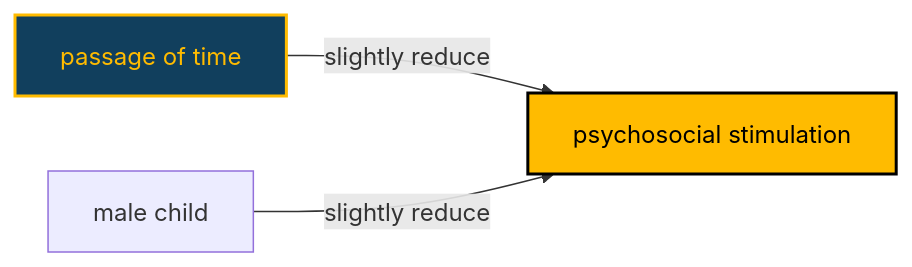
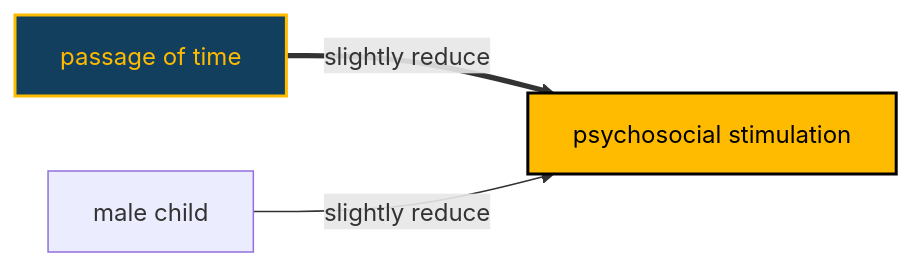
The diagram in MICSPLUS/diagram.md (agrogan1/research), drawn with Mermaid before and after one commit.

````diff
--- a/MICSPLUS/diagram.md
+++ b/MICSPLUS/diagram.md
@@ -1,27 +1,27 @@
 ```mermaid
 
 flowchart LR
 
   classDef yellow fill:#FFC20E,stroke:#000000,stroke-width:2px,color:#000000;
   
   classDef cyan fill:#1CABE2,stroke:#000000,stroke-width:2px,color:#FFFFFF;
   
   classDef red fill:#E2231A,stroke:#000000,stroke-width:2px,color:#FFFFFF;
   
   classDef orange fill:#F26A21,stroke:#000000,stroke-width:2px,color:#FFFFFF;
 
   classDef tidal fill:#113f5d,color:#FFBB00,stroke:#FFBB00,stroke-width:2px
 
   classDef tidal2 fill:#FFBB00,color:#000000,stroke:#000000,stroke-width:2px
 
   time[passage of time]
 
   psychosocial[psychosocial stimulation]
 
   male[male child]
 
-  time:::tidal --> |"slightly reduce"| psychosocial:::tidal2
+  time:::tidal ==> |"slightly reduce"| psychosocial:::tidal2
 
   male --> |"slightly reduce"| psychosocial
 
 ```
````
